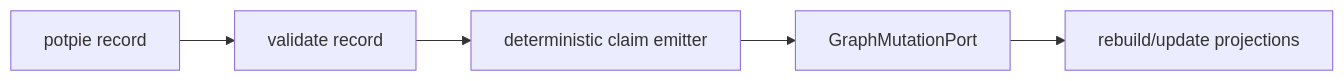
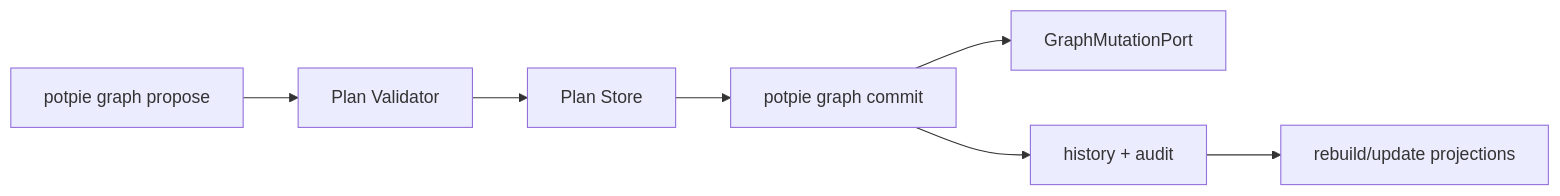
Before and after one commit to potpie-ai/potpie: the sixth of 12 diagrams in docs/context-graph/architecture.md, drawn with Mermaid. The commit also changed other lines of this file and 256 other files, not shown here.

Commit message:
feat: graph updates

````diff
--- a/docs/context-graph/architecture.md
+++ b/docs/context-graph/architecture.md
@@ -328,10 +329,13 @@
 ```mermaid
 flowchart LR
-  cg_record_cmd["potpie record"]
-  cg_validate["validate record"]
-  cg_emit["deterministic claim emitter"]
+  cg_propose_cmd["potpie graph propose"]
+  cg_validate["Plan Validator"]
+  cg_store["Plan Store"]
+  cg_commit_cmd["potpie graph commit <plan_id>"]
   cg_write["GraphMutationPort"]
+  cg_audit["history + audit"]
   cg_project["rebuild/update projections"]
 
-  cg_record_cmd --> cg_validate --> cg_emit --> cg_write --> cg_project
+  cg_propose_cmd --> cg_validate --> cg_store --> cg_commit_cmd --> cg_write
+  cg_commit_cmd --> cg_audit --> cg_project
 ```
````
